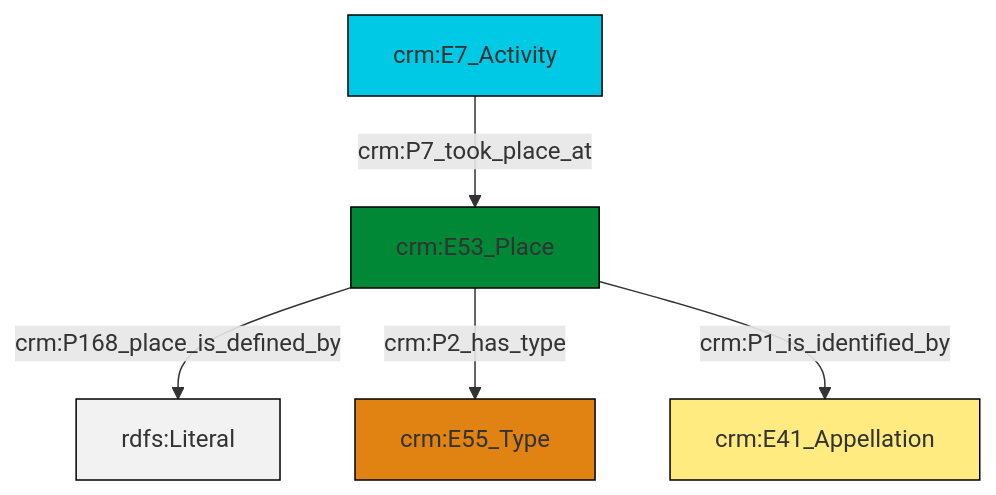
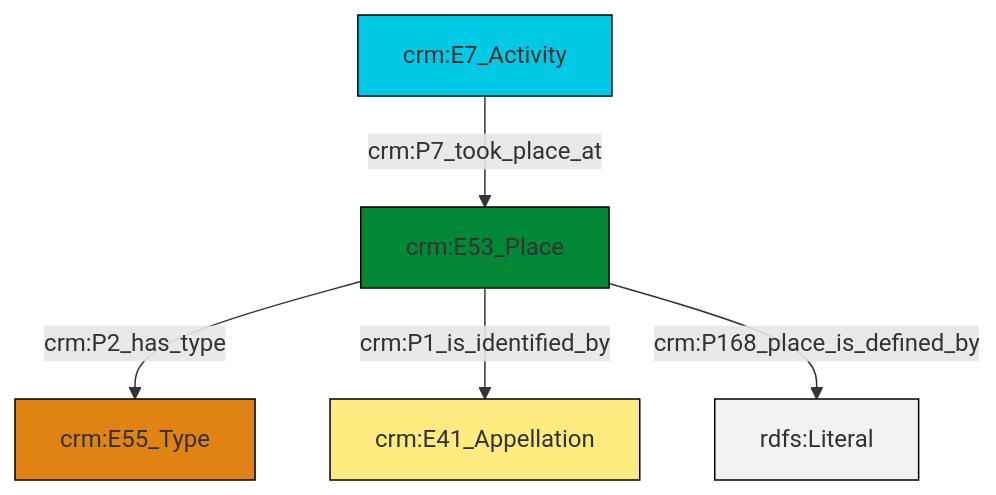
One commit to swiss-art-research-net/reference-data-models changed the diagram in et/eventCSV/ttl/mmd/event_location.ttl.mmd. Above: the diagram before and after it, drawn with Mermaid. The commit also changed 131 other files, not shown here.

```diff
--- a/et/eventCSV/ttl/mmd/event_location.ttl.mmd
+++ b/et/eventCSV/ttl/mmd/event_location.ttl.mmd
@@ -1,19 +1,19 @@
 graph TD
 classDef Literal fill:#f2f2f2,stroke:#000000;
 classDef CRM_Entity fill:#FFFFFF,stroke:#000000;
 classDef Temporal_Entity fill:#00C9E6, stroke:#000000;
 classDef Type fill:#E18312, stroke:#000000;
 classDef Time-Span fill:#2C9C91, stroke:#000000;
 classDef Appellation fill:#FFEB7F, stroke:#000000;
 classDef Place fill:#008836, stroke:#000000;
 classDef Persistent_Item fill:#B266B2, stroke:#000000;
 classDef Conceptual_Object fill:#FFD700, stroke:#000000;
 classDef Physical_Thing fill:#D2B48C, stroke:#000000;
 classDef Actor fill:#f58aad, stroke:#000000;
 classDef PC_Classes fill:#4ce600, stroke:#000000;
 classDef Multi fill:#cccccc,stroke:#000000;
 
-0["crm:E7_Activity"]:::Temporal_Entity -->|crm:P7_took_place_at| 1["crm:E53_Place"]:::Place
-1["crm:E53_Place"]:::Place -->|crm:P168_place_is_defined_by| 6[rdfs:Literal]:::Literal
-1["crm:E53_Place"]:::Place -->|crm:P2_has_type| 2["crm:E55_Type"]:::Type
-1["crm:E53_Place"]:::Place -->|crm:P1_is_identified_by| 4["crm:E41_Appellation"]:::Appellation
+2["crm:E53_Place"]:::Place -->|crm:P2_has_type| 0["crm:E55_Type"]:::Type
+2["crm:E53_Place"]:::Place -->|crm:P1_is_identified_by| 3["crm:E41_Appellation"]:::Appellation
+4["crm:E7_Activity"]:::Temporal_Entity -->|crm:P7_took_place_at| 2["crm:E53_Place"]:::Place
+2["crm:E53_Place"]:::Place -->|crm:P168_place_is_defined_by| 8[rdfs:Literal]:::Literal
```
